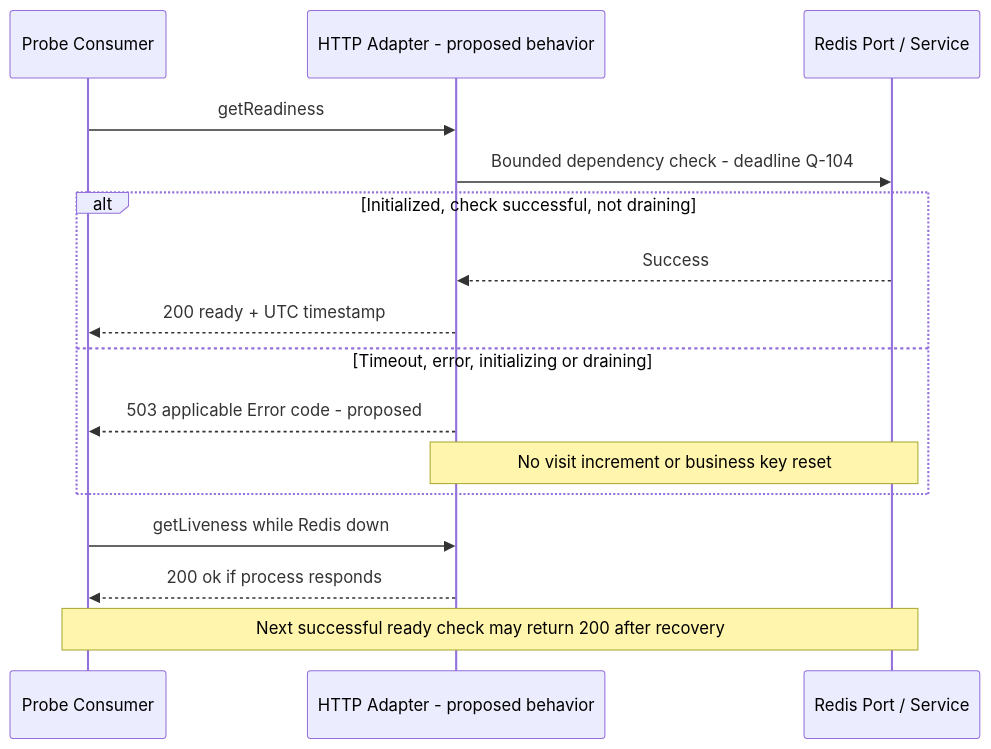
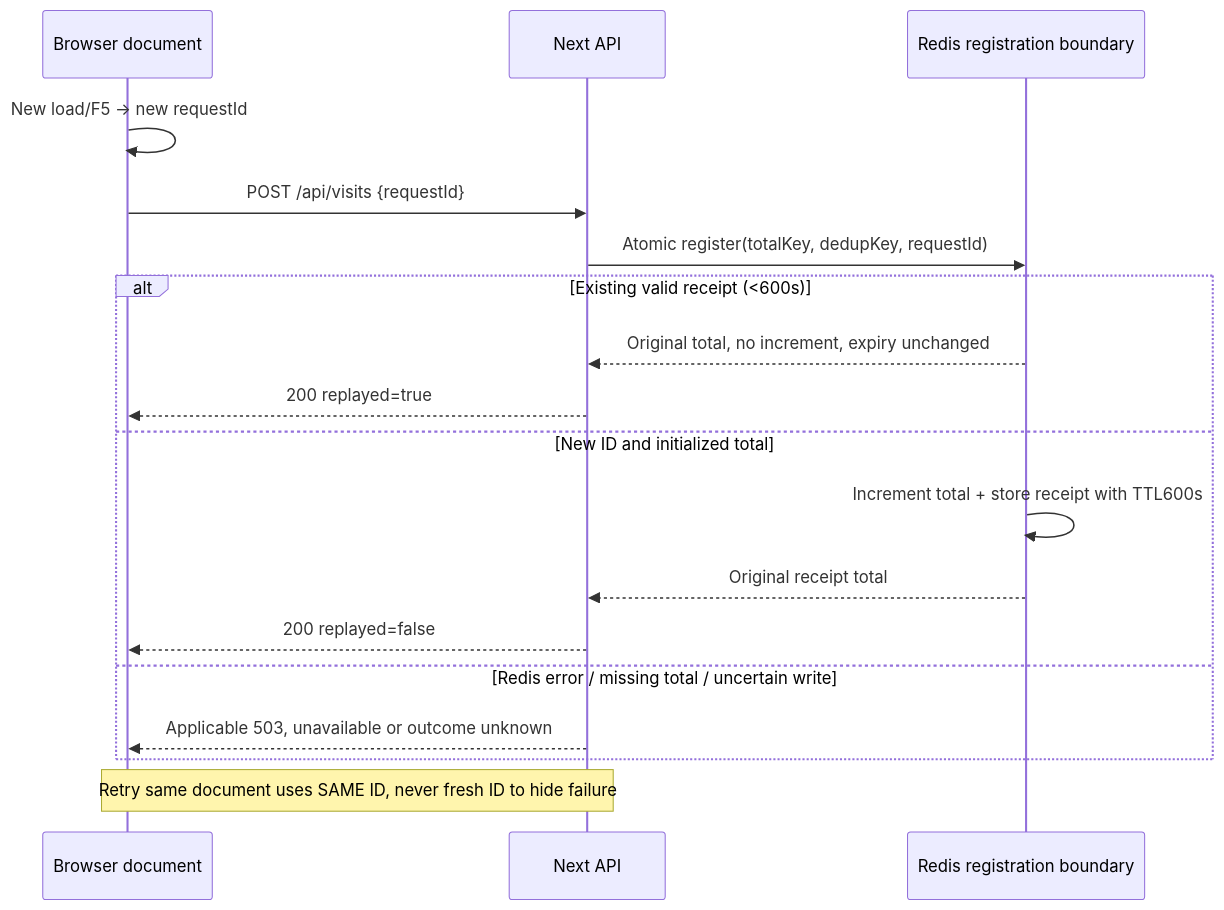
Before and after one commit to helios-ryuu/devsecops-gitops-with-k8s: the second of 3 diagrams in docs/web-app/official/architecture.md, drawn with Mermaid. The commit also changed other lines of this file and 6 other files, not shown here.

````diff
--- a/docs/web-app/official/architecture.md
+++ b/docs/web-app/official/architecture.md
@@ -125,18 +47,20 @@
 ```mermaid
 sequenceDiagram
-    participant Probe as Probe Consumer
-    participant API as HTTP Adapter - proposed behavior
-    participant Redis as Redis Port / Service
-    Probe->>API: getReadiness
-    API->>Redis: Bounded dependency check - deadline Q-104
-    alt Initialized, check successful, not draining
-        Redis-->>API: Success
-        API-->>Probe: 200 ready + UTC timestamp
-    else Timeout, error, initializing or draining
-        API-->>Probe: 503 applicable Error code - proposed
-        Note over API,Redis: No visit increment or business key reset
+    participant B as Browser document
+    participant N as Next API
+    participant R as Redis registration boundary
+    B->>B: New load/F5 -> new requestId
+    B->>N: POST /api/visits {requestId}
+    N->>R: Atomic register(totalKey, dedupKey, requestId)
+    alt Existing valid receipt (<600s)
+        R-->>N: Original total, no increment, expiry unchanged
+        N-->>B: 200 replayed=true
+    else New ID and initialized total
+        R->>R: Increment total + store receipt with TTL600s
+        R-->>N: Original receipt total
+        N-->>B: 200 replayed=false
+    else Redis error / missing total / uncertain write
+        N-->>B: Applicable 503, unavailable or outcome unknown
     end
-    Probe->>API: getLiveness while Redis down
-    API-->>Probe: 200 ok if process responds
-    Note over Probe,Redis: Next successful ready check may return 200 after recovery
+    Note over B,N: Retry same document uses SAME ID, never fresh ID to hide failure
 ```
````
